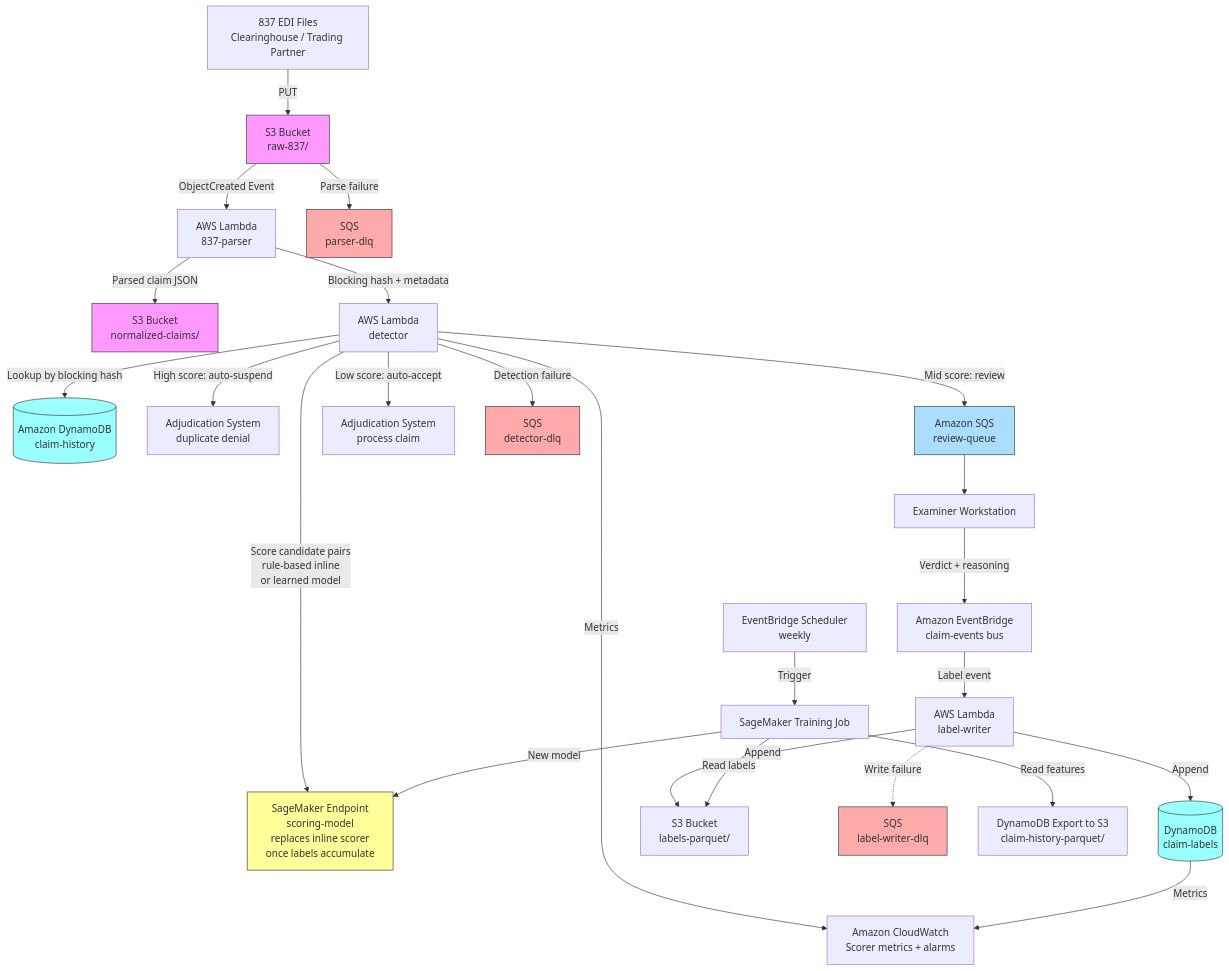
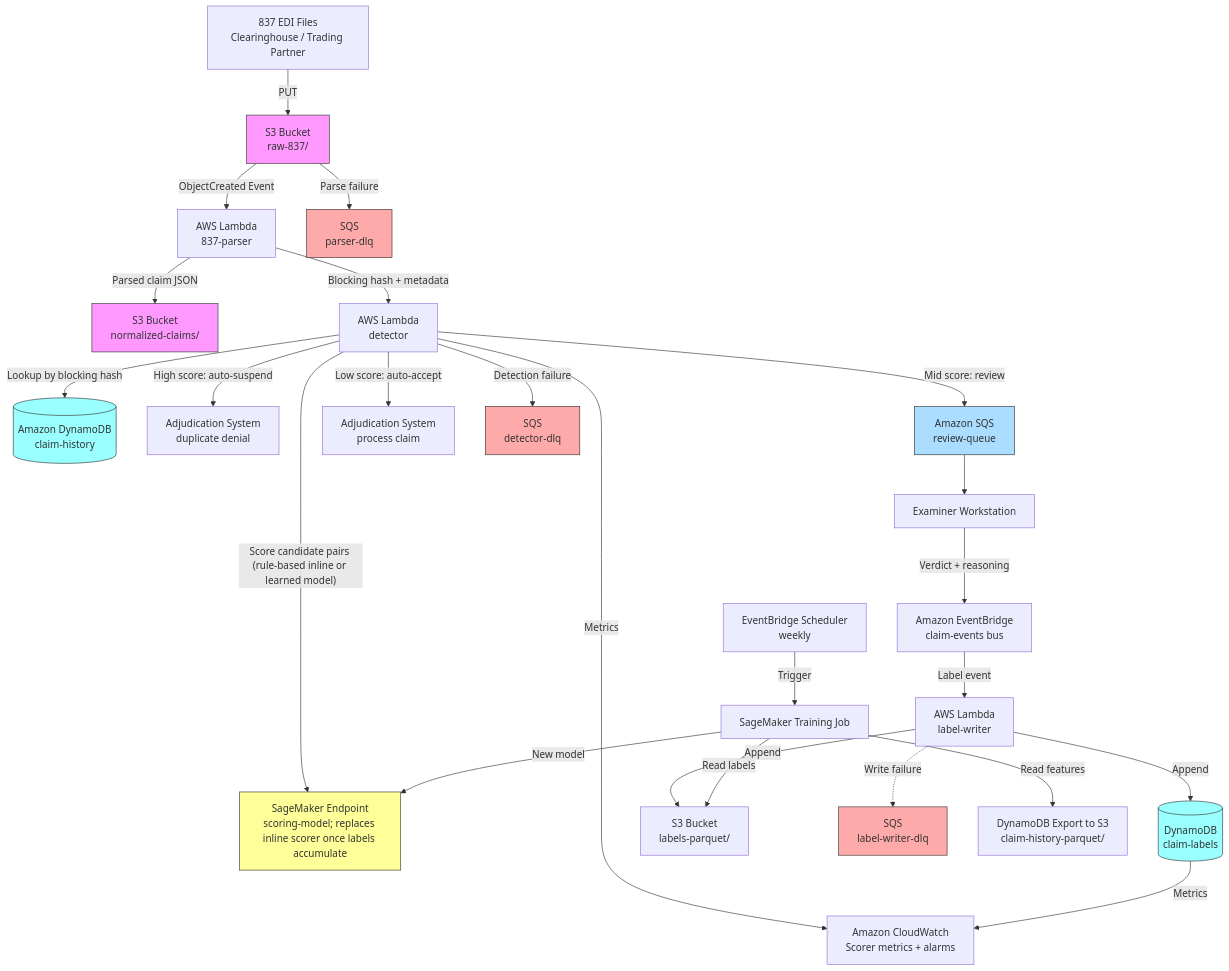
One commit to ccrngd1/HCLS-ai-book changed the diagram in chapter03.01-architecture.md. Above: the diagram before and after it, drawn with Mermaid. The commit also changed 185 other files, not shown here.

````diff
--- a/chapter03.01-architecture.md
+++ b/chapter03.01-architecture.md
@@ -31,42 +31,42 @@
 ```mermaid
 flowchart TB
-    A[837 EDI Files\nClearinghouse / Trading Partner] -->|PUT| B[S3 Bucket\nraw-837/]
-    B -->|ObjectCreated Event| C[AWS Lambda\n837-parser]
-    C -->|Parsed claim JSON| D[S3 Bucket\nnormalized-claims/]
-    C -->|Blocking hash + metadata| E[AWS Lambda\ndetector]
+    A[837 EDI Files<br/>Clearinghouse / Trading Partner] -->|PUT| B[S3 Bucket<br/>raw-837/]
+    B -->|ObjectCreated Event| C[AWS Lambda<br/>837-parser]
+    C -->|Parsed claim JSON| D[S3 Bucket<br/>normalized-claims/]
+    C -->|Blocking hash + metadata| E[AWS Lambda<br/>detector]
 
-    E -->|Lookup by blocking hash| F[(Amazon DynamoDB\nclaim-history)]
-    E -->|Score candidate pairs\nrule-based inline\nor learned model| H[SageMaker Endpoint\nscoring-model\nreplaces inline scorer\nonce labels accumulate]
+    E -->|Lookup by blocking hash| F[(Amazon DynamoDB<br/>claim-history)]
+    E -->|"Score candidate pairs (rule-based inline or learned model)"| H["SageMaker Endpoint<br/>scoring-model; replaces inline scorer once labels accumulate"]
 
-    E -->|High score: auto-suspend| I[Adjudication System\nduplicate denial]
-    E -->|Mid score: review| J[Amazon SQS\nreview-queue]
-    E -->|Low score: auto-accept| K[Adjudication System\nprocess claim]
+    E -->|High score: auto-suspend| I[Adjudication System<br/>duplicate denial]
+    E -->|Mid score: review| J[Amazon SQS<br/>review-queue]
+    E -->|Low score: auto-accept| K[Adjudication System<br/>process claim]
 
-    B -->|Parse failure| PDLQ[SQS\nparser-dlq]
-    E -->|Detection failure| DDLQ[SQS\ndetector-dlq]
+    B -->|Parse failure| PDLQ[SQS<br/>parser-dlq]
+    E -->|Detection failure| DDLQ[SQS<br/>detector-dlq]
 
     J --> L[Examiner Workstation]
-    L -->|Verdict + reasoning| M[Amazon EventBridge\nclaim-events bus]
-    M -->|Label event| N[AWS Lambda\nlabel-writer]
-    N -->|Append| O[(DynamoDB\nclaim-labels)]
-    N -->|Append| P[S3 Bucket\nlabels-parquet/]
-    N -.->|Write failure| LDLQ[SQS\nlabel-writer-dlq]
+    L -->|Verdict + reasoning| M[Amazon EventBridge<br/>claim-events bus]
+    M -->|Label event| N[AWS Lambda<br/>label-writer]
+    N -->|Append| O[(DynamoDB<br/>claim-labels)]
+    N -->|Append| P[S3 Bucket<br/>labels-parquet/]
+    N -.->|Write failure| LDLQ[SQS<br/>label-writer-dlq]
 
-    Q[EventBridge Scheduler\nweekly] -->|Trigger| R[SageMaker Training Job]
+    Q[EventBridge Scheduler<br/>weekly] -->|Trigger| R[SageMaker Training Job]
     R -->|Read labels| P
-    R -->|Read features| S[DynamoDB Export to S3\nclaim-history-parquet/]
+    R -->|Read features| S[DynamoDB Export to S3<br/>claim-history-parquet/]
     R -->|New model| H
 
-    E -->|Metrics| T[Amazon CloudWatch\nScorer metrics + alarms]
+    E -->|Metrics| T[Amazon CloudWatch<br/>Scorer metrics + alarms]
     O -->|Metrics| T
 
     style B fill:#f9f,stroke:#333
     style D fill:#f9f,stroke:#333
     style F fill:#9ff,stroke:#333
     style O fill:#9ff,stroke:#333
     style H fill:#ff9,stroke:#333
     style J fill:#adf,stroke:#333
     style PDLQ fill:#faa,stroke:#333
     style DDLQ fill:#faa,stroke:#333
     style LDLQ fill:#faa,stroke:#333
 ```
````
